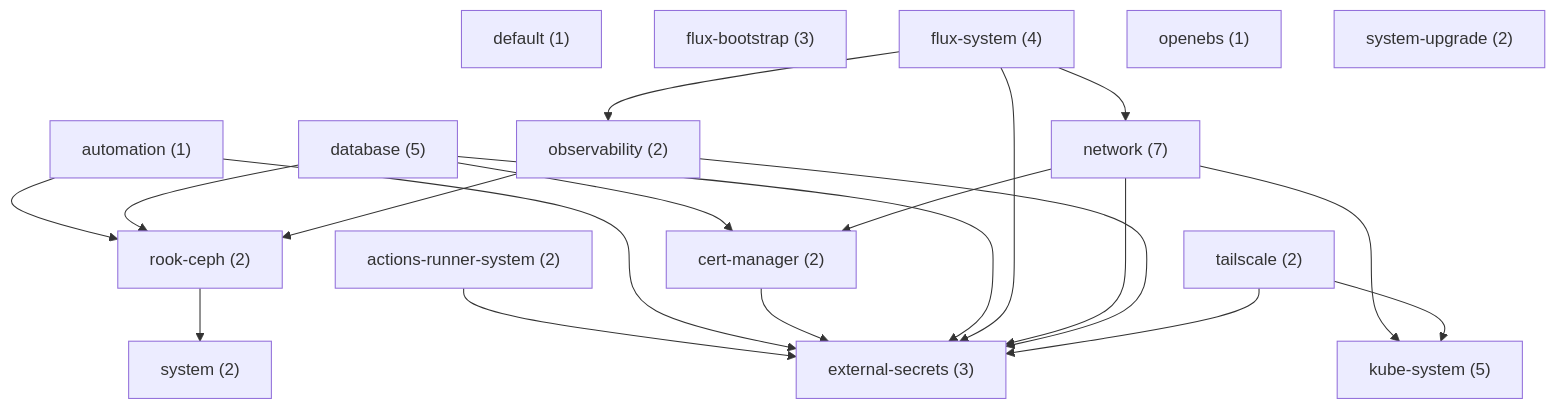
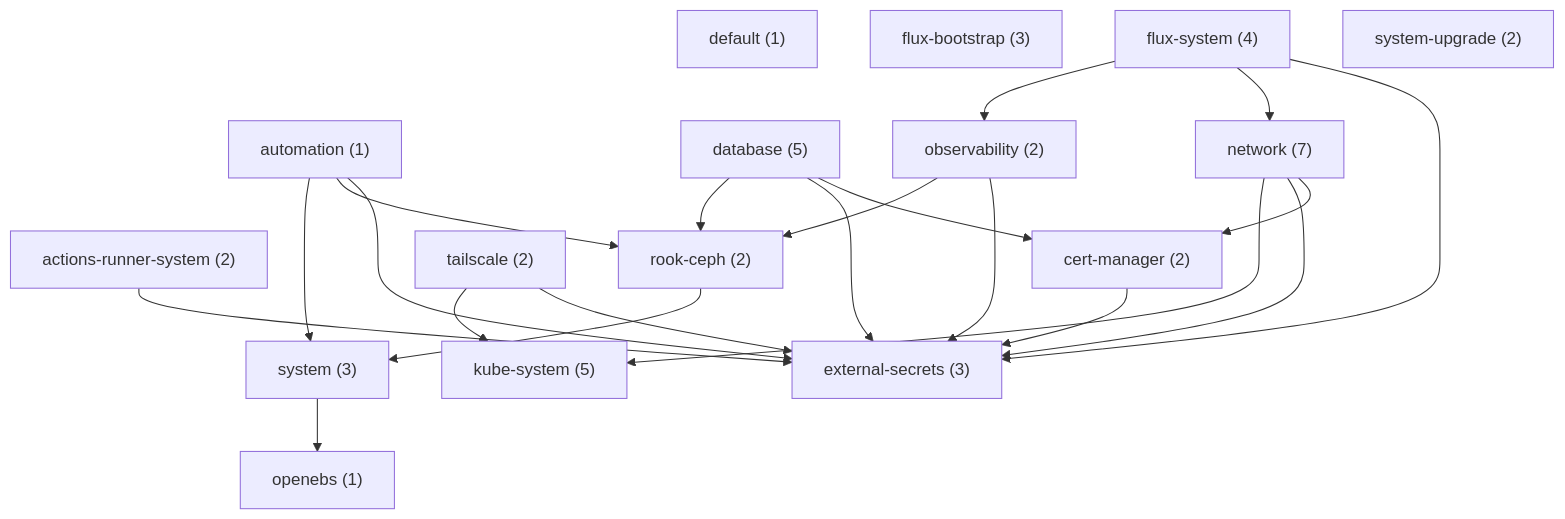
The first of 17 diagrams in docs/CLUSTER.md (qnimbus/home-lab), drawn with Mermaid before and after one commit. The commit also changed other lines of this file and 1 other file, not shown here.

````diff
--- a/docs/CLUSTER.md
+++ b/docs/CLUSTER.md
@@ -798,37 +837,39 @@
 ```mermaid
 flowchart TD
   actions_runner_system["actions-runner-system (2)"]
   automation["automation (1)"]
   cert_manager["cert-manager (2)"]
   database["database (5)"]
   default["default (1)"]
   external_secrets["external-secrets (3)"]
   flux_bootstrap["flux-bootstrap (3)"]
   flux_system["flux-system (4)"]
   kube_system["kube-system (5)"]
   network["network (7)"]
   observability["observability (2)"]
   openebs["openebs (1)"]
   rook_ceph["rook-ceph (2)"]
-  system["system (2)"]
+  system["system (3)"]
   system_upgrade["system-upgrade (2)"]
   tailscale["tailscale (2)"]
   actions_runner_system --> external_secrets
   automation --> external_secrets
   automation --> rook_ceph
+  automation --> system
   cert_manager --> external_secrets
   database --> cert_manager
   database --> external_secrets
   database --> rook_ceph
   flux_system --> external_secrets
   flux_system --> network
   flux_system --> observability
   network --> cert_manager
   network --> external_secrets
   network --> kube_system
   observability --> external_secrets
   observability --> rook_ceph
   rook_ceph --> system
+  system --> openebs
   tailscale --> external_secrets
   tailscale --> kube_system
 ```
````
